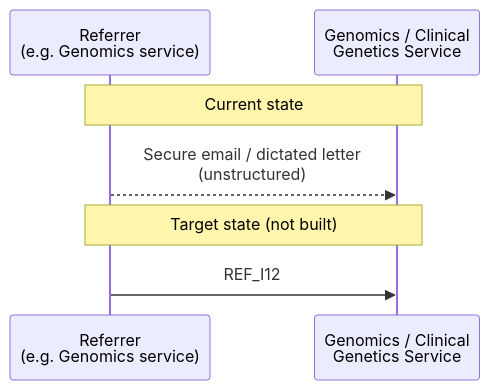
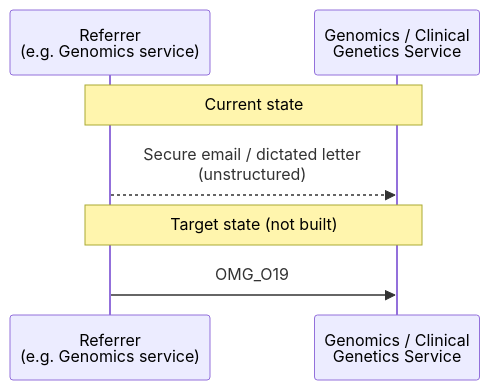
The second of 5 diagrams in input/pagecontent/GeneticReferrals.md (nw-gmsa/nw-gmsa.github.com), drawn with Mermaid before and after one commit. The commit also changed other lines of this file and 3 other files, not shown here.

First line of the commit message:
Genetic Referrals: model the referral on OMG_O19 instead of REF_I12

````diff
--- a/input/pagecontent/GeneticReferrals.md
+++ b/input/pagecontent/GeneticReferrals.md
@@ -162,11 +162,11 @@
 ```mermaid
 sequenceDiagram
     participant Ref as Referrer<br/>(e.g. Genomics service)
     participant GC as Genomics / Clinical<br/>Genetics Service
 
     Note over Ref,GC: Current state
     Ref -->> GC: Secure email / dictated letter<br/>(unstructured)
 
     Note over Ref,GC: Target state (not built)
-    Ref ->> GC: REF_I12
+    Ref ->> GC: OMG_O19
 ```
````
